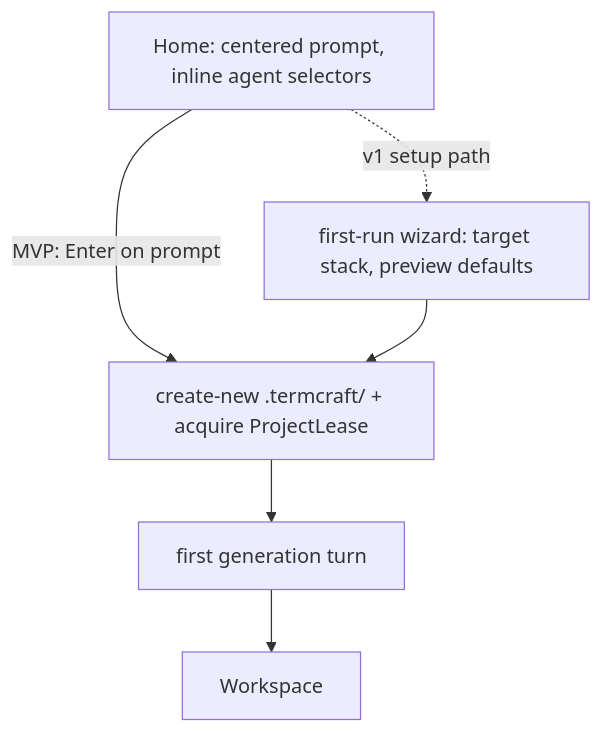
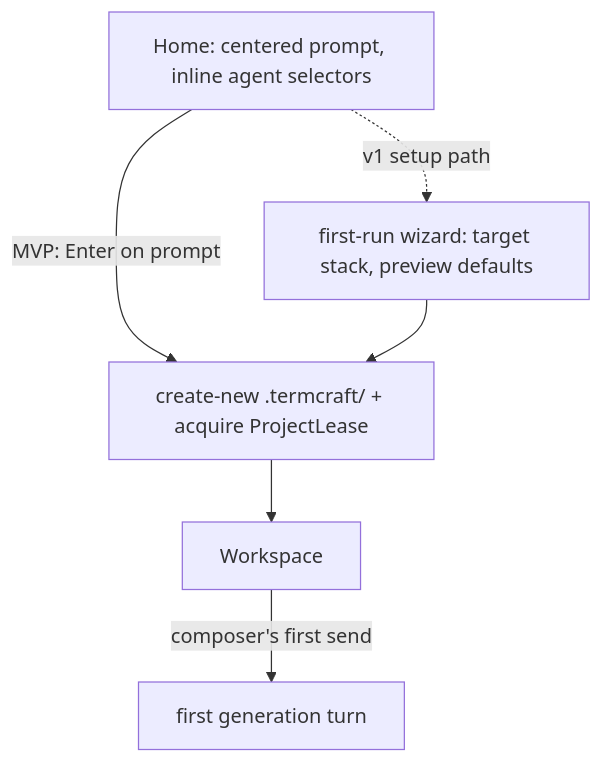
Before and after one commit to khmilevoi/termcraft: the second of 2 diagrams in docs/architecture/flows/launch.md, drawn with Mermaid. The commit also changed other lines of this file and 12 other files, not shown here.

First line of the commit message:
docs(architecture): source-anchor sweep after the MVP gap closeout

````diff
--- a/docs/architecture/flows/launch.md
+++ b/docs/architecture/flows/launch.md
@@ -28,7 +28,8 @@
 ```mermaid
 flowchart TD
     home["Home: centered prompt, inline agent selectors"] -- "MVP: Enter on prompt" --> create["create-new .termcraft/ + acquire ProjectLease"]
     home -. "v1 setup path" .-> wizard["first-run wizard: target stack, preview defaults"]
     wizard --> create
-    create --> firstgen["first generation turn"] --> ws["Workspace"]
+    create --> ws["Workspace"]
+    ws -- "composer's first send" --> firstgen["first generation turn"]
 ```
````
